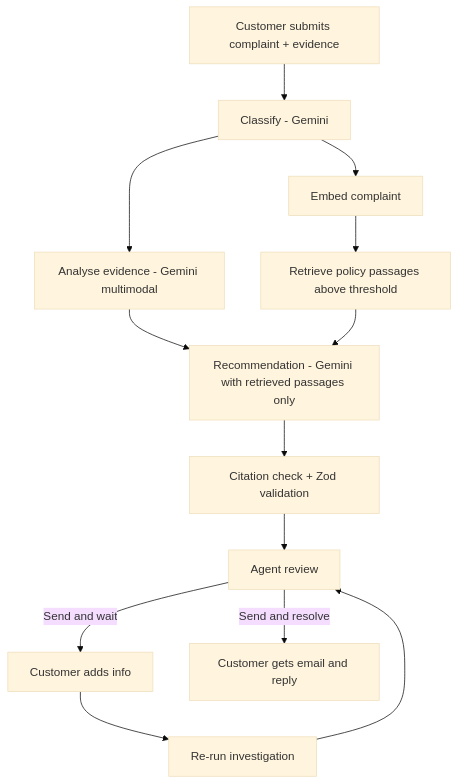
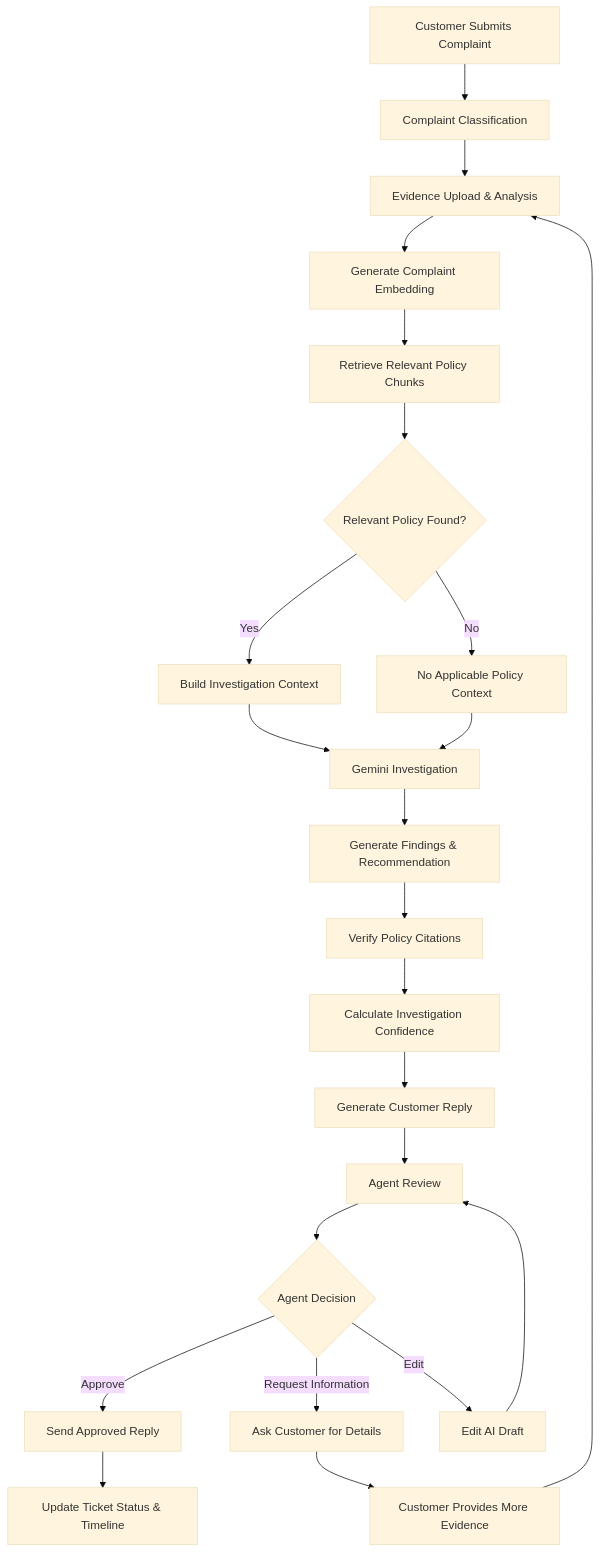
One commit to tripathipalak/Resolve-AI changed the first of 2 diagrams in README.md. Above: the diagram before and after it, drawn with Mermaid (base theme). The commit also changed other lines of this file, not shown here.

````diff
--- a/README.md
+++ b/README.md
@@ -102,15 +120,31 @@
 ```mermaid
 flowchart TD
-    A[Customer submits complaint + evidence] --> B[Classify - Gemini]
-    B --> C[Analyse evidence - Gemini multimodal]
-    B --> D[Embed complaint]
-    D --> E[Retrieve policy passages above threshold]
-    C --> F[Recommendation - Gemini with retrieved passages only]
-    E --> F
-    F --> G[Citation check + Zod validation]
-    G --> H[Agent review]
-    H -->|Send and wait| I[Customer adds info]
-    I --> J[Re-run investigation]
-    J --> H
-    H -->|Send and resolve| K[Customer gets email and reply]
+    A[Customer Submits Complaint] --> B[Complaint Classification]
+    B --> C[Evidence Upload & Analysis]
+    C --> D[Generate Complaint Embedding]
+    D --> E[Retrieve Relevant Policy Chunks]
+    E --> F{Relevant Policy Found?}
+
+    F -->|Yes| G[Build Investigation Context]
+    F -->|No| H[No Applicable Policy Context]
+
+    G --> I[Gemini Investigation]
+    H --> I
+
+    I --> J[Generate Findings & Recommendation]
+    J --> K[Verify Policy Citations]
+    K --> L[Calculate Investigation Confidence]
+    L --> M[Generate Customer Reply]
+    M --> N[Agent Review]
+
+    N --> O{Agent Decision}
+    O -->|Approve| P[Send Approved Reply]
+    O -->|Request Information| Q[Ask Customer for Details]
+    O -->|Edit| R[Edit AI Draft]
+    R --> N
+
+    Q --> S[Customer Provides More Evidence]
+    S --> C
+
+    P --> T[Update Ticket Status & Timeline]
 ```
````
